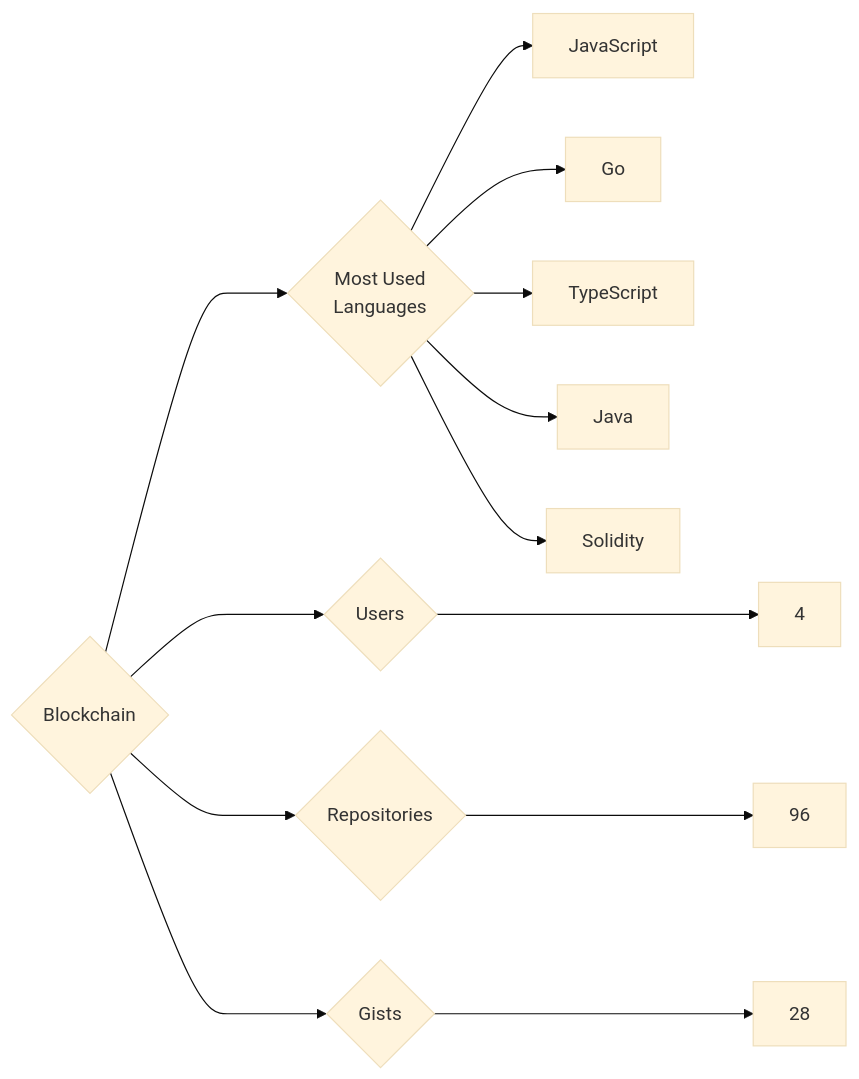
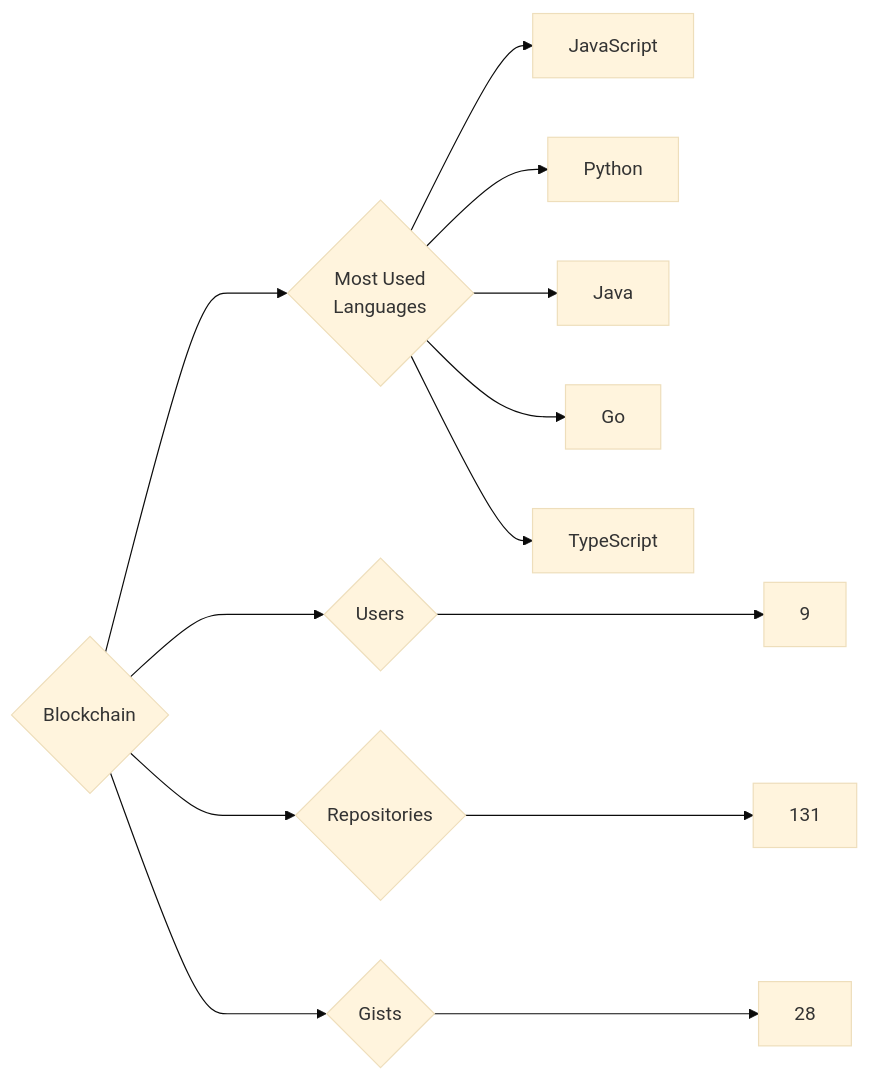
Before and after one commit to trickest/insiders: the diagram in targets/Blockchain/README.md, drawn with Mermaid (base theme). The commit also changed 1030 other files, not shown here.

````diff
--- a/targets/Blockchain/README.md
+++ b/targets/Blockchain/README.md
@@ -3,13 +3,13 @@
 ```mermaid
 graph LR
 COMPANY_NAME{Blockchain}
-COMPANY_NAME ---> U{Users} ---> UN[4]
-COMPANY_NAME ---> R{Repositories} ---> RN[96]
+COMPANY_NAME ---> U{Users} ---> UN[9]
+COMPANY_NAME ---> R{Repositories} ---> RN[131]
 COMPANY_NAME ---> G{Gists} ---> GN[28]
 COMPANY_NAME ---> ML{Most Used<br>Languages}
 ML --> JavaScript[JavaScript]
+ML --> Python[Python]
+ML --> Java[Java]
 ML --> Go[Go]
 ML --> TypeScript[TypeScript]
-ML --> Java[Java]
-ML --> Solidity[Solidity]
 ```
````
